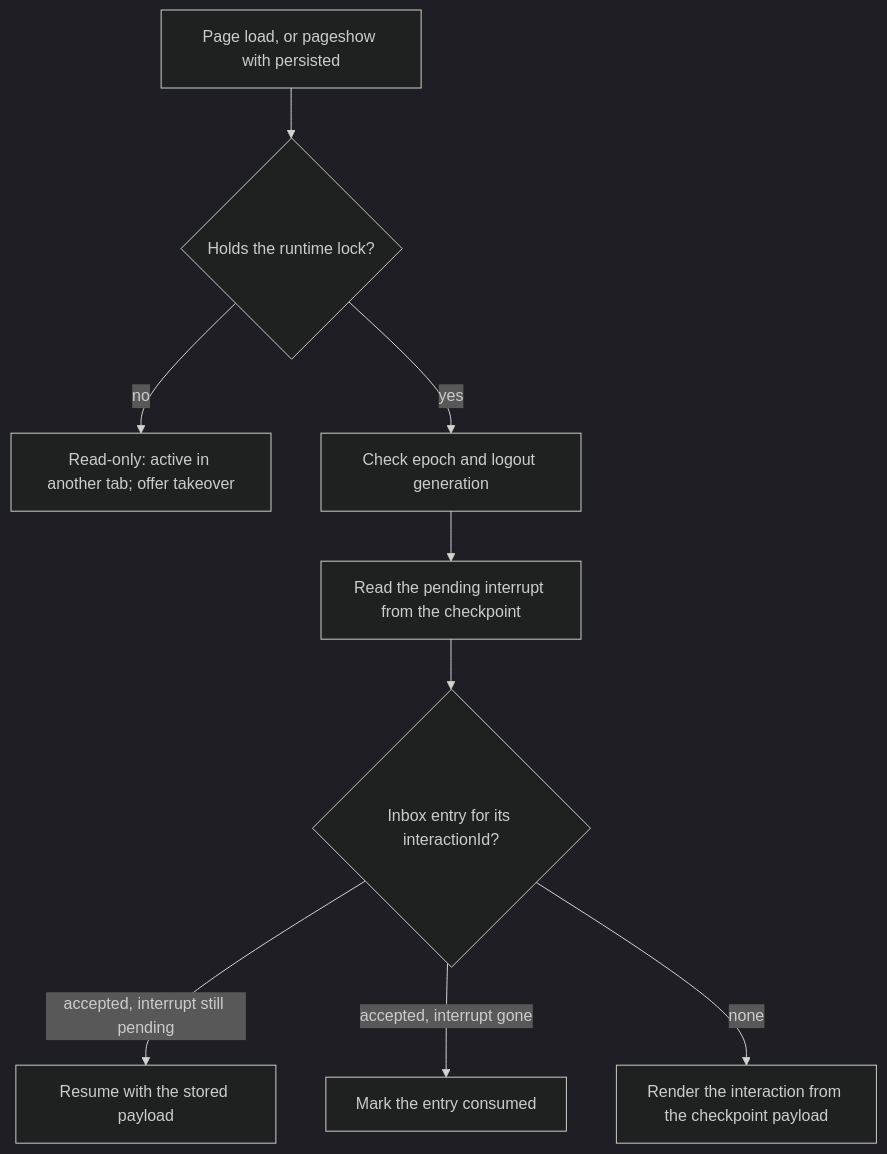
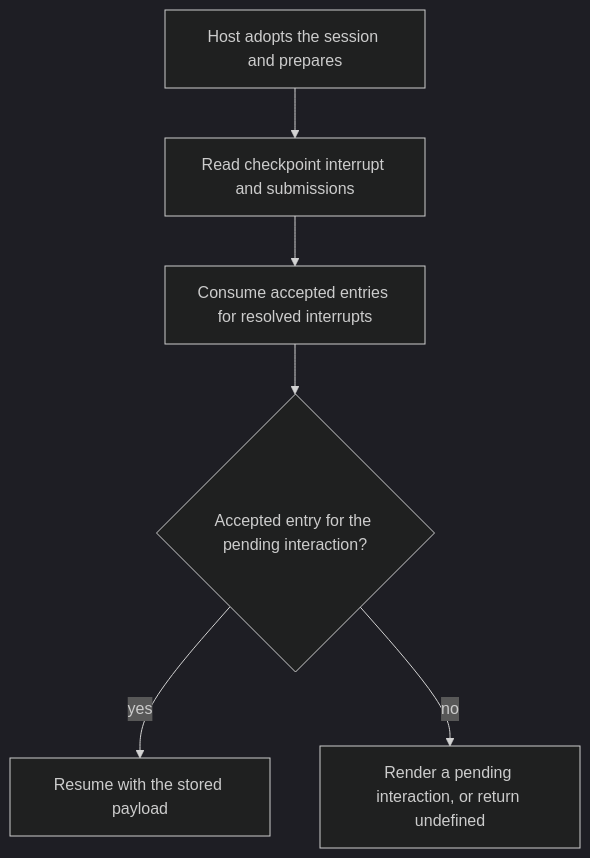
The fifth of 8 diagrams in docs/system-design.md (vinhnxv/galaxie), drawn with Mermaid (dark theme) before and after one commit. The commit also changed other lines of this file and 5 other files, not shown here.

````diff
--- a/docs/system-design.md
+++ b/docs/system-design.md
@@ -320,11 +333,8 @@
 ```mermaid
 flowchart TD
-    Load["Page load, or pageshow with persisted"] --> Lock{"Holds the runtime lock?"}
-    Lock -- no --> ReadOnly["Read-only: active in another tab; offer takeover"]
-    Lock -- yes --> Check["Check epoch and logout generation"]
-    Check --> Pending["Read the pending interrupt from the checkpoint"]
-    Pending --> Inbox{"Inbox entry for its interactionId?"}
-    Inbox -- "accepted, interrupt still pending" --> Resume["Resume with the stored payload"]
-    Inbox -- "accepted, interrupt gone" --> Consume["Mark the entry consumed"]
-    Inbox -- "none" --> Render["Render the interaction from the checkpoint payload"]
+    Load["Host adopts the session and prepares"] --> Pending["Read checkpoint interrupt and submissions"]
+    Pending --> Consume["Consume accepted entries for resolved interrupts"]
+    Consume --> Inbox{"Accepted entry for the pending interaction?"}
+    Inbox -- "yes" --> Resume["Resume with the stored payload"]
+    Inbox -- "no" --> Render["Render a pending interaction, or return undefined"]
 ```
````
